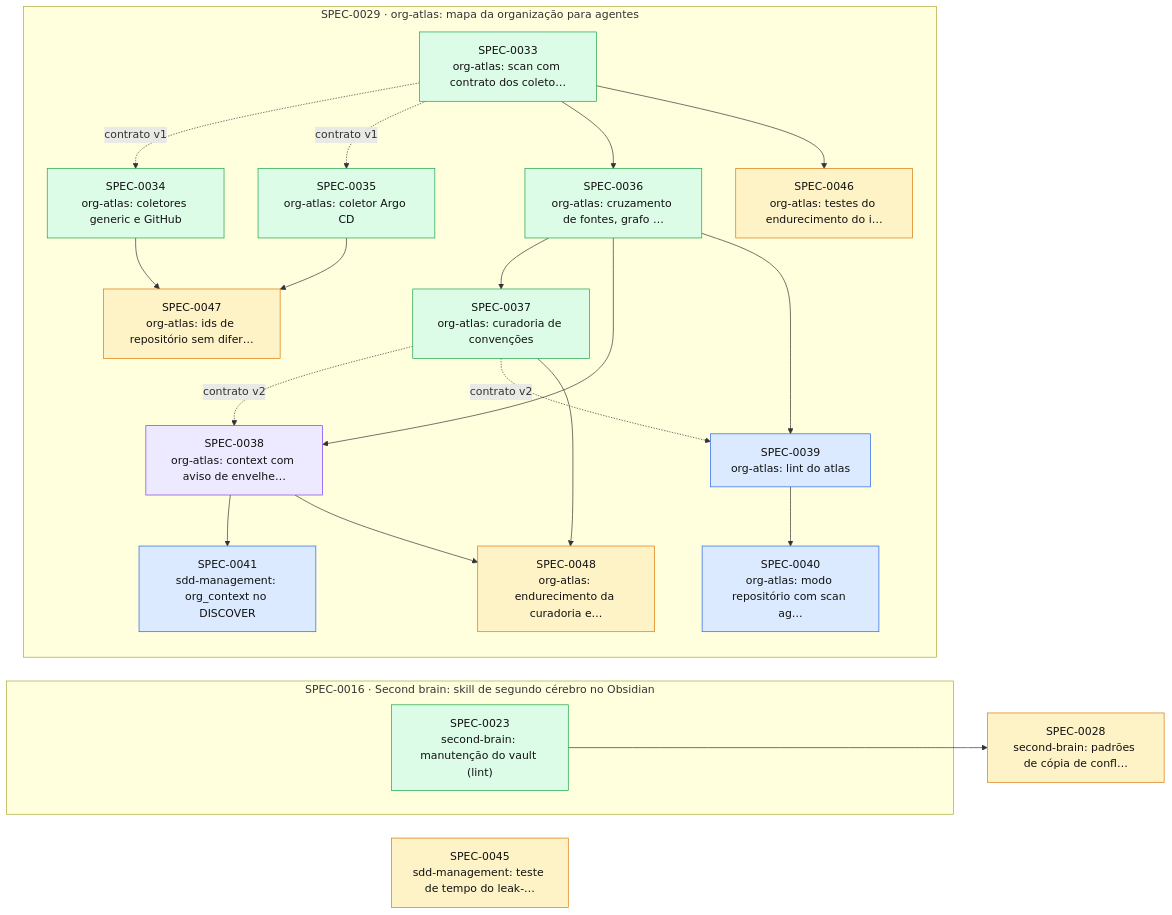
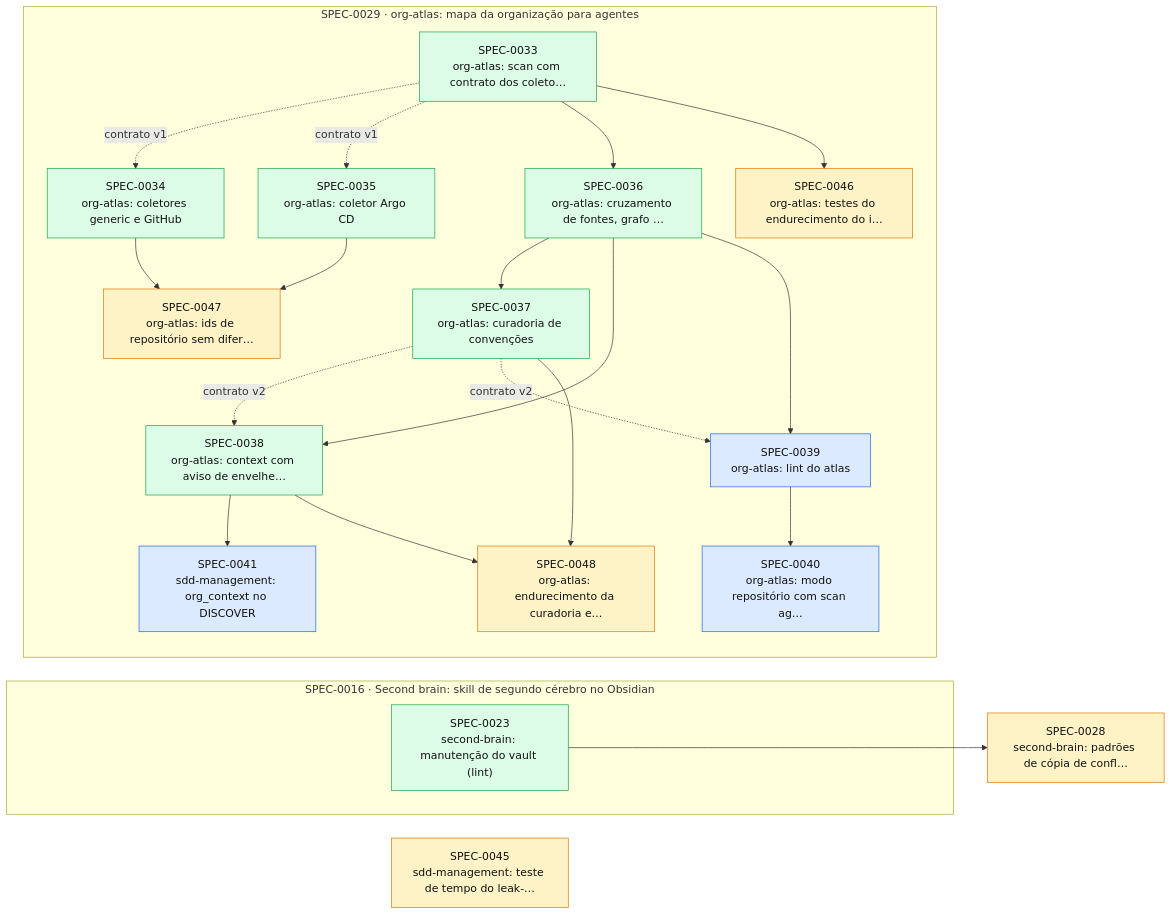
Before and after one commit to thomasravache/ai-dev-brain: the diagram in docs/specs/INDEX.md, drawn with Mermaid. The commit also changed other lines of this file and 1 other file, not shown here.

First line of the commit message:
docs(specs): G7 e fechamento da SPEC-0038

````diff
--- a/docs/specs/INDEX.md
+++ b/docs/specs/INDEX.md
@@ -56,43 +55,43 @@
 ```mermaid
 flowchart LR
   S0028["SPEC-0028<br/>second-brain: padrões de cópia de confl…"]:::proposed
   S0045["SPEC-0045<br/>sdd-management: teste de tempo do leak-…"]:::proposed
   subgraph E0016["SPEC-0016 · Second brain: skill de segundo cérebro no Obsidian"]
     S0023["SPEC-0023<br/>second-brain: manutenção do vault (lint)"]:::implemented
   end
   subgraph E0029["SPEC-0029 · org-atlas: mapa da organização para agentes"]
     S0033["SPEC-0033<br/>org-atlas: scan com contrato dos coleto…"]:::implemented
     S0034["SPEC-0034<br/>org-atlas: coletores generic e GitHub"]:::implemented
     S0035["SPEC-0035<br/>org-atlas: coletor Argo CD"]:::implemented
     S0036["SPEC-0036<br/>org-atlas: cruzamento de fontes, grafo …"]:::implemented
     S0037["SPEC-0037<br/>org-atlas: curadoria de convenções"]:::implemented
-    S0038["SPEC-0038<br/>org-atlas: context com aviso de envelhe…"]:::inprogress
+    S0038["SPEC-0038<br/>org-atlas: context com aviso de envelhe…"]:::implemented
     S0039["SPEC-0039<br/>org-atlas: lint do atlas"]:::approved
     S0040["SPEC-0040<br/>org-atlas: modo repositório com scan ag…"]:::approved
     S0041["SPEC-0041<br/>sdd-management: org_context no DISCOVER"]:::approved
     S0046["SPEC-0046<br/>org-atlas: testes do endurecimento do i…"]:::proposed
     S0047["SPEC-0047<br/>org-atlas: ids de repositório sem difer…"]:::proposed
     S0048["SPEC-0048<br/>org-atlas: endurecimento da curadoria e…"]:::proposed
   end
   S0023 --> S0028
   S0033 -. contrato v1 .-> S0034
   S0033 -. contrato v1 .-> S0035
   S0033 --> S0036
   S0036 --> S0037
   S0036 --> S0038
   S0037 -. contrato v2 .-> S0038
   S0036 --> S0039
   S0037 -. contrato v2 .-> S0039
   S0039 --> S0040
   S0038 --> S0041
   S0033 --> S0046
   S0034 --> S0047
   S0035 --> S0047
   S0037 --> S0048
   S0038 --> S0048
   classDef proposed fill:#fef3c7,stroke:#d97706,color:#111
   classDef approved fill:#dbeafe,stroke:#2563eb,color:#111
   classDef inprogress fill:#ede9fe,stroke:#7c3aed,color:#111
   classDef implemented fill:#dcfce7,stroke:#16a34a,color:#111
   classDef deprecated fill:#f3f4f6,stroke:#9ca3af,color:#6b7280
 ```
````
